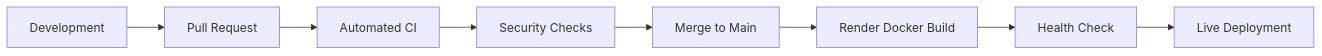
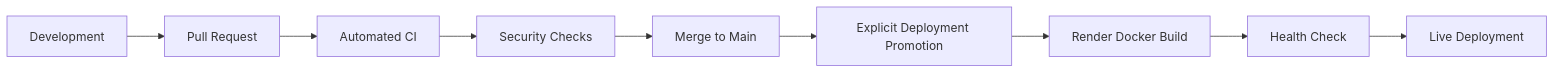
Before and after one commit to VenkataSriSaiSuryaMandava/Personal-Agent: the second of 2 diagrams in README.md, drawn with Mermaid. The commit also changed other lines of this file and 5 other files, not shown here.

````diff
--- a/README.md
+++ b/README.md
@@ -279,10 +292,11 @@
 ```mermaid
 flowchart LR
     A[Development] --> B[Pull Request]
     B --> C[Automated CI]
     C --> D[Security Checks]
     D --> E[Merge to Main]
-    E --> F[Render Docker Build]
+    E --> P[Explicit Deployment Promotion]
+    P --> F[Render Docker Build]
     F --> G[Health Check]
     G --> H[Live Deployment]
 ```
````
